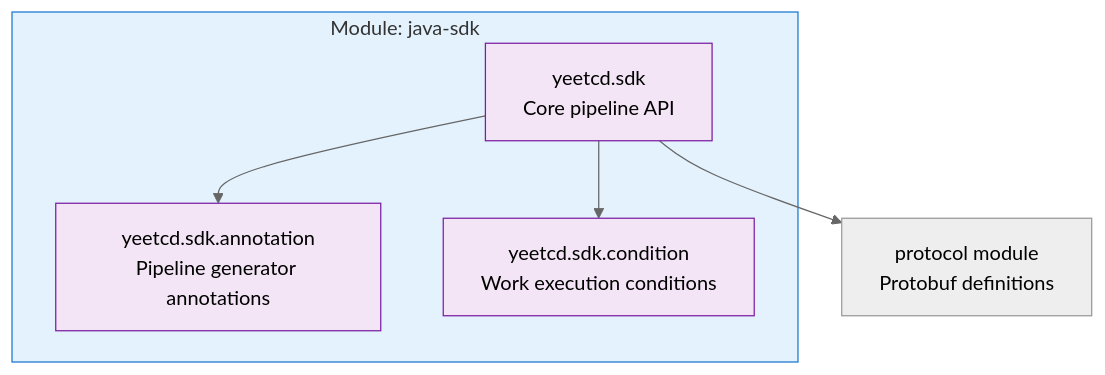
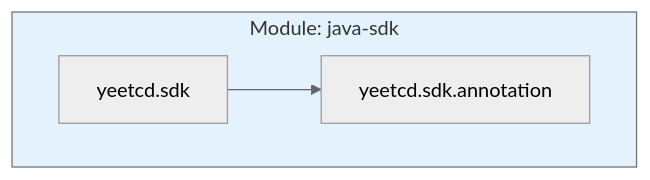
Before and after one commit to w-betts/yeetcd: the first of 2 diagrams in .opencode/prompts/human-doc-writer.md, drawn with Mermaid (neutral theme). The commit also changed other lines of this file and 11 other files, not shown here.

````diff
--- a/.opencode/prompts/human-doc-writer.md
+++ b/.opencode/prompts/human-doc-writer.md
@@ -143,17 +69,9 @@
 ```mermaid
 graph TD
-    subgraph java-sdk["Module: java-sdk"]
-        sdk["yeetcd.sdk<br/>Core pipeline API"]
-        annotation["yeetcd.sdk.annotation<br/>Pipeline generator annotations"]
-        condition["yeetcd.sdk.condition<br/>Work execution conditions"]
+    subgraph sdk["Module: java-sdk"]
+        api["yeetcd.sdk"]
+        annotation["yeetcd.sdk.annotation"]
     end
-    
-    sdk --> annotation
-    sdk --> condition
-    sdk --> protocol["protocol module<br/>Protobuf definitions"]
-    
-    style java-sdk fill:#e3f2fd,stroke:#1976d2
-    style sdk fill:#f3e5f5,stroke:#7b1fa2
-    style annotation fill:#f3e5f5,stroke:#7b1fa2
-    style condition fill:#f3e5f5,stroke:#7b1fa2
+    api --> annotation
+    style sdk fill:#e3f2fd
 ```
````
